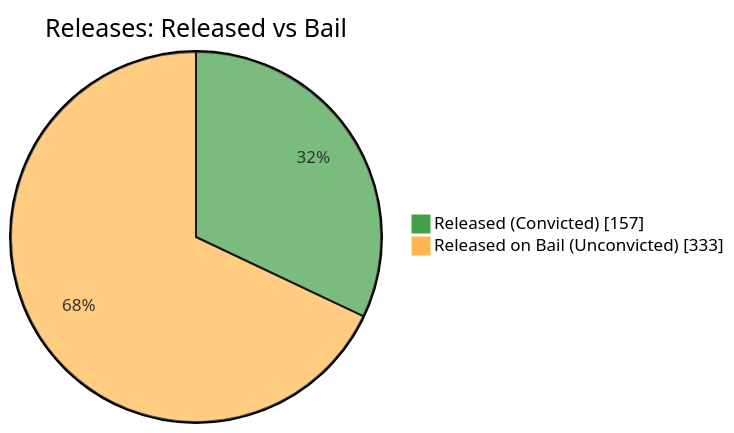
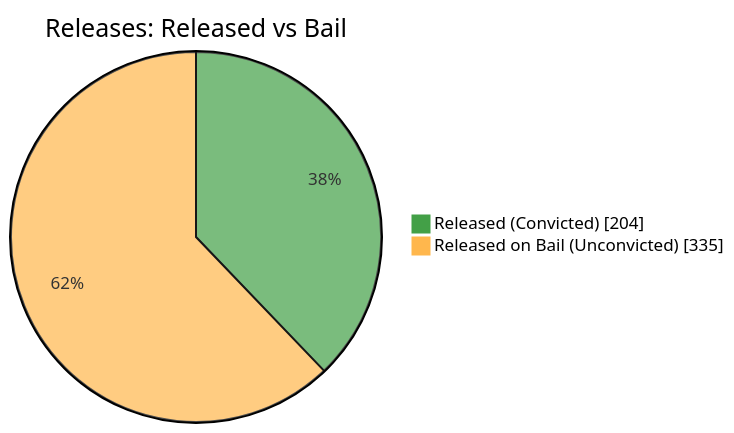
One commit to nuuuwan/lk_prisons changed the fifth of 7 diagrams in README.md. Above: the diagram before and after it, drawn with Mermaid. The commit also changed other lines of this file and 1 other file, not shown here.

````diff
--- a/README.md
+++ b/README.md
@@ -87,6 +87,6 @@
 ```mermaid
 %%{init: {'themeVariables': {'pie1': '#43A047', 'pie2': '#FFB74D'}}}%%
 pie showData title Releases: Released vs Bail
-    "Released (Convicted)" : 157
-    "Released on Bail (Unconvicted)" : 333
+    "Released (Convicted)" : 204
+    "Released on Bail (Unconvicted)" : 335
 ```
````
